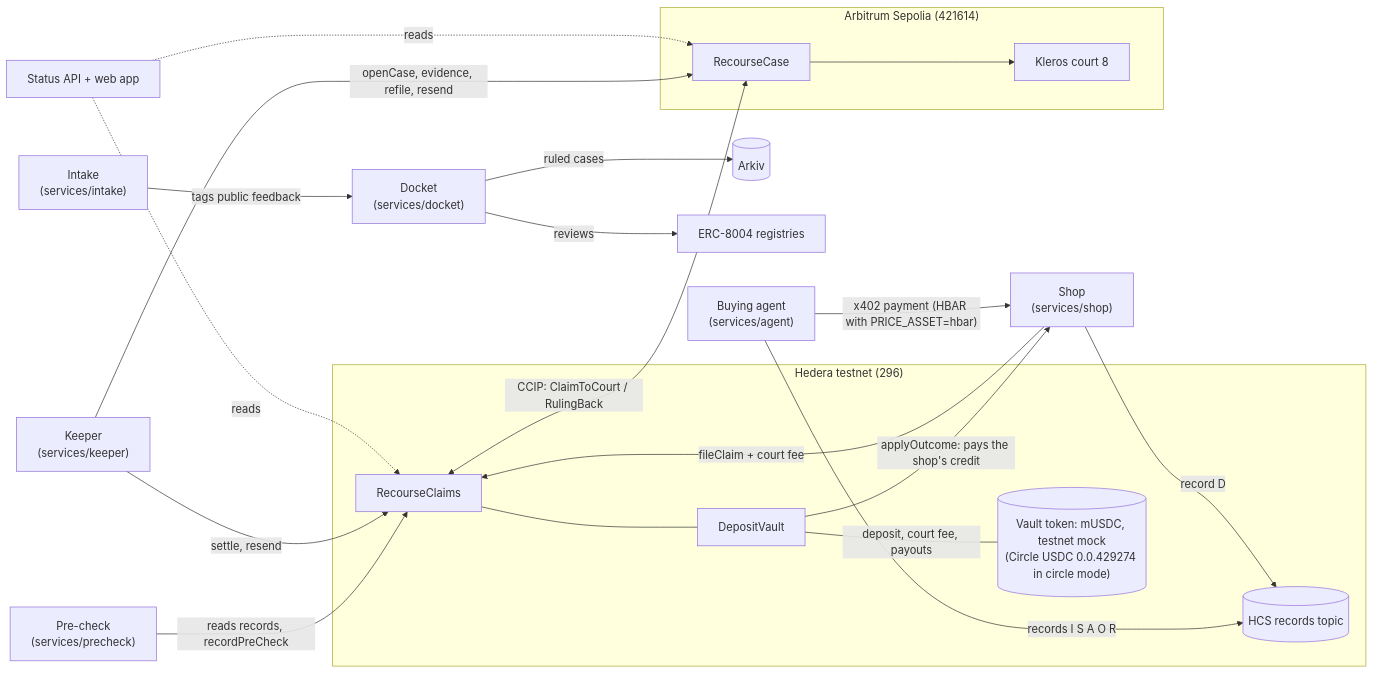
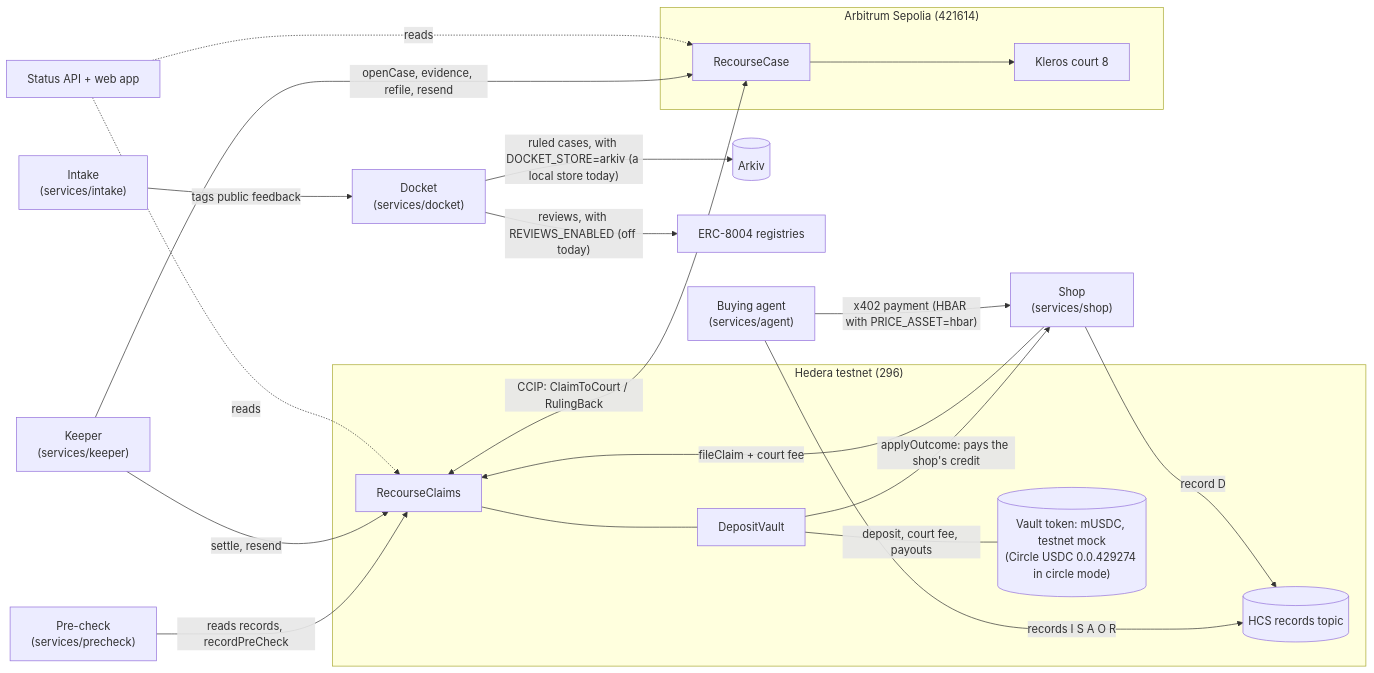
Before and after one commit to mani99brar/recourse: the first of 2 diagrams in README.md, drawn with Mermaid. The commit also changed other lines of this file, not shown here.

Commit message:
readme: the agent writes three records before it pays and the ordered record after, the deposit and fees are in mUSDC, the docket runs on a local store with reviews off, the court case is settled, and record documents can be checked against their public hashes but are kept on the demo host

````diff
--- a/README.md
+++ b/README.md
@@ -25,30 +25,30 @@
 ```mermaid
 flowchart LR
   subgraph H["Hedera testnet (296)"]
     HCS[("HCS records topic")]
     USDC[("Vault token: mUSDC, testnet mock<br/>(Circle USDC 0.0.429274 in circle mode)")]
     CL["RecourseClaims"]
     V["DepositVault"]
     CL --- V
   end
   subgraph A["Arbitrum Sepolia (421614)"]
     RC["RecourseCase"]
     KC["Kleros court 8"]
     RC --> KC
   end
   AG["Buying agent<br/>(services/agent)"] -- "x402 payment (HBAR with PRICE_ASSET=hbar)" --> SH["Shop<br/>(services/shop)"]
   AG -- "records I S A O R" --> HCS
   SH -- "record D" --> HCS
   V -- "deposit, court fee, payouts" --- USDC
   SH -- "fileClaim + court fee" --> CL
   PC["Pre-check<br/>(services/precheck)"] -- "reads records, recordPreCheck" --> CL
   CL <-- "CCIP: ClaimToCourt / RulingBack" --> RC
   KP["Keeper<br/>(services/keeper)"] -- "openCase, evidence, refile, resend" --> RC
   KP -- "settle, resend" --> CL
   V -- "applyOutcome: pays the shop's credit" --> SH
   ST["Status API + web app"] -. reads .-> CL
   ST -. reads .-> RC
-  DK["Docket<br/>(services/docket)"] -- "ruled cases" --> AR[("Arkiv")]
-  DK -- "reviews" --> ER["ERC-8004 registries"]
+  DK["Docket<br/>(services/docket)"] -- "ruled cases, with DOCKET_STORE=arkiv (a local store today)" --> AR[("Arkiv")]
+  DK -- "reviews, with REVIEWS_ENABLED (off today)" --> ER["ERC-8004 registries"]
   IN["Intake<br/>(services/intake)"] -- "tags public feedback" --> DK
 ```
````
